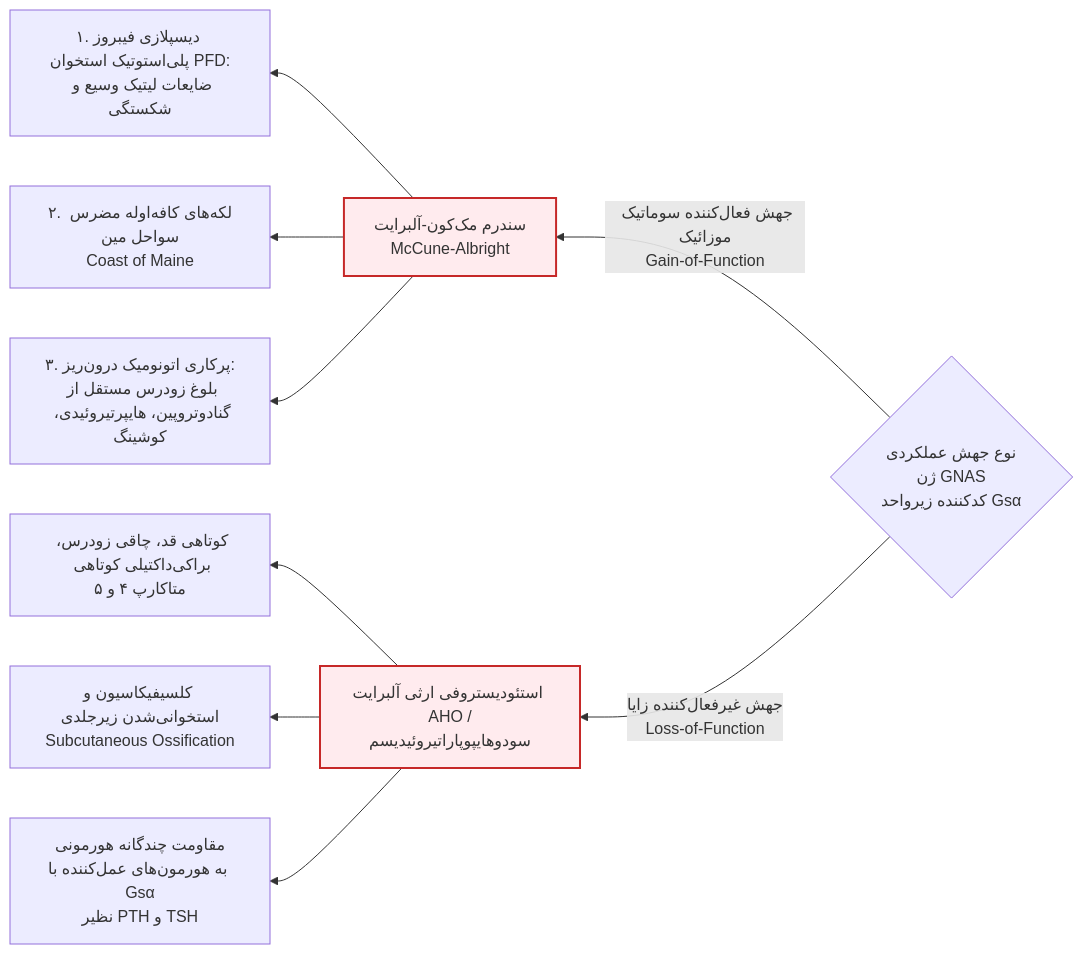
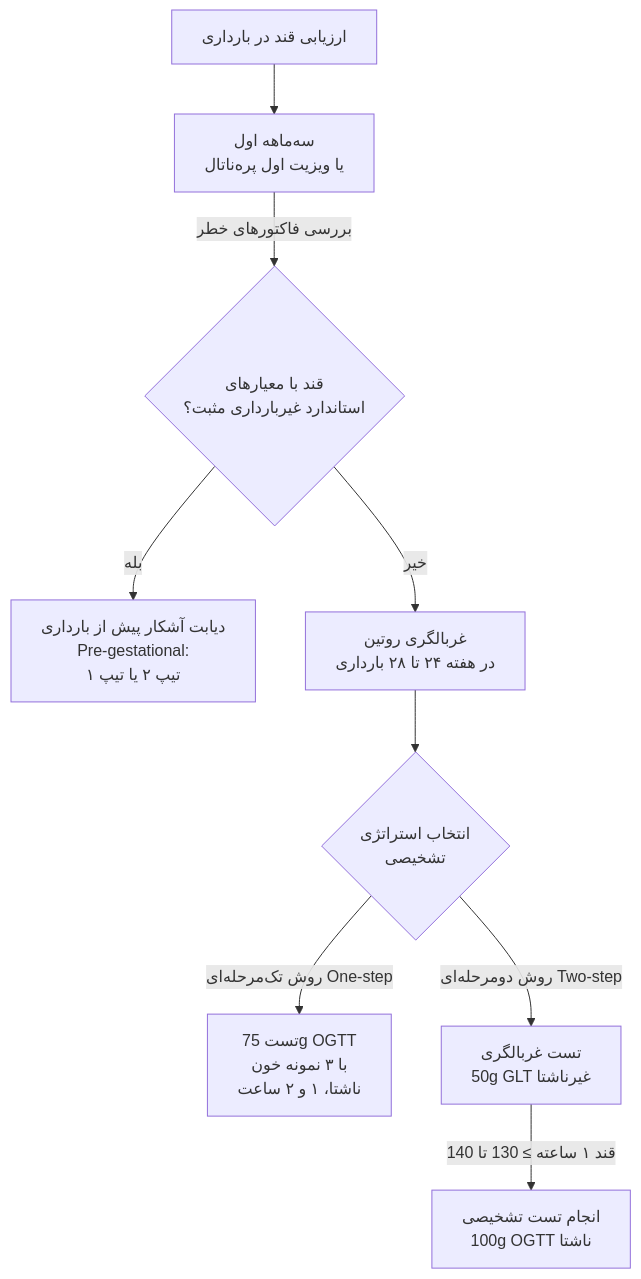
Before and after one commit to neopulse-hub/TUMS-1402-1-neo: the ninth of 10 diagrams in 07/مبانی غدد/کلیات.md, drawn with Mermaid. The commit also changed other lines of this file, not shown here.

````diff
--- a/07/مبانی غدد/کلیات.md
+++ b/07/مبانی غدد/کلیات.md
@@ -186,17 +367,13 @@
 ```mermaid
-flowchart RL
-    classDef mut fill:#ffebee,stroke:#c62828,stroke-width:2px;
-
-    MutType{نوع جهش عملکردی<br>ژن GNAS<br>کدکننده زیرواحد Gsα}
-
-    MutType -->|جهش فعال‌کننده سوماتیک موزائیک<br>Gain-of-Function| MAS[سندرم مک‌کون-آلبرایت<br>McCune-Albright]:::mut
-    MutType -->|جهش غیرفعال‌کننده زایا<br>Loss-of-Function| AHO[استئودیستروفی ارثی آلبرایت AHO /<br>سودوهایپوپاراتیروئیدیسم]:::mut
-
-    MAS --> MAS_Triad1[۱. دیسپلازی فیبروز پلی‌استوتیک استخوان PFD:<br>ضایعات لیتیک وسیع و شکستگی]
-    MAS --> MAS_Triad2[۲. لکه‌های کافه‌اوله مضرس سواحل مین<br>Coast of Maine]
-    MAS --> MAS_Triad3[۳. پرکاری اتونومیک درون‌ریز:<br>بلوغ زودرس مستقل از گنادوتروپین، هایپرتیروئیدی، کوشینگ]
-
-    AHO --> AHO_Sign1[کوتاهی قد، چاقی زودرس، براکی‌داکتیلی کوتاهی متاکارپ ۴ و ۵]
-    AHO --> AHO_Sign2[کلسیفیکاسیون و استخوانی‌شدن زیرجلدی<br>Subcutaneous Ossification]
-    AHO --> AHO_Sign3[مقاومت چندگانه هورمونی<br>به هورمون‌های عمل‌کننده با Gsα<br>نظیر PTH و TSH]
+flowchart TD
+    Preg[ارزیابی قند در بارداری] --> Tri1[سه‌ماهه اول<br>یا ویزیت اول پره‌ناتال]
+    Tri1 -->|بررسی فاکتورهای خطر| PreGDM_Check{قند با معیارهای<br>استاندارد غیربارداری مثبت؟}
+    PreGDM_Check -->|بله| PregestDM[دیابت آشکار پیش از بارداری<br>Pre-gestational:<br>تیپ ۲ یا تیپ ۱]
+    PreGDM_Check -->|خیر| RoutScreen[غربالگری روتین<br>در هفته ۲۴ تا ۲۸ بارداری]
+    
+    RoutScreen --> StrategyChoice{انتخاب استراتژی<br>تشخیصی}
+    StrategyChoice -->|روش تک‌مرحله‌ای One-step| OS[تست 75g OGTT<br>با ۳ نمونه خون<br>ناشتا، ۱ و ۲ ساعت]
+    StrategyChoice -->|روش دومرحله‌ای Two-step| TS[تست غربالگری<br>50g GLT غیرناشتا]
+    
+    TS -->|قند ۱ ساعته ≥ 130 تا 140| TS_Step2[انجام تست تشخیصی<br>100g OGTT ناشتا]
 ```
````
